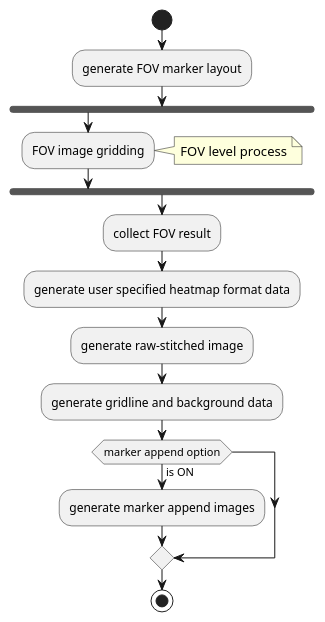
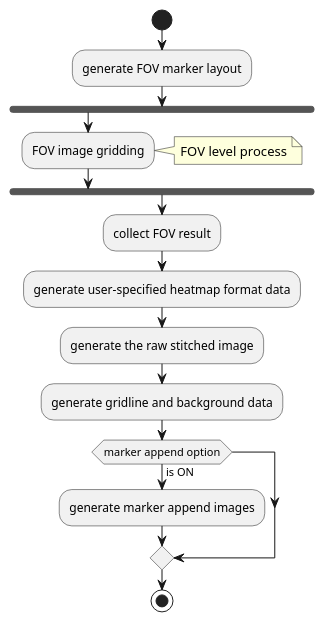
Before and after one commit to jeff665547/Project-Summit.Grid: the sixth of 7 diagrams in doc/algorithm.md, drawn with PlantUML. The commit also changed other lines of this file and 7 other files, not shown here.

```diff
--- a/doc/algorithm.md
+++ b/doc/algorithm.md
@@ -196,20 +217,20 @@
 @startuml {channel-level-process.png}
 
 start
 :generate FOV marker layout;
 fork
     :FOV image gridding;
     note right
         FOV level process
     end note
 endfork
 :collect FOV result;
-:generate user specified heatmap format data;
-:generate raw-stitched image;
+:generate user-specified heatmap format data;
+:generate the raw stitched image;
 :generate gridline and background data;
 if (marker append option) then (is ON)
     :generate marker append images;
 endif;
 stop
 
 @enduml
```
